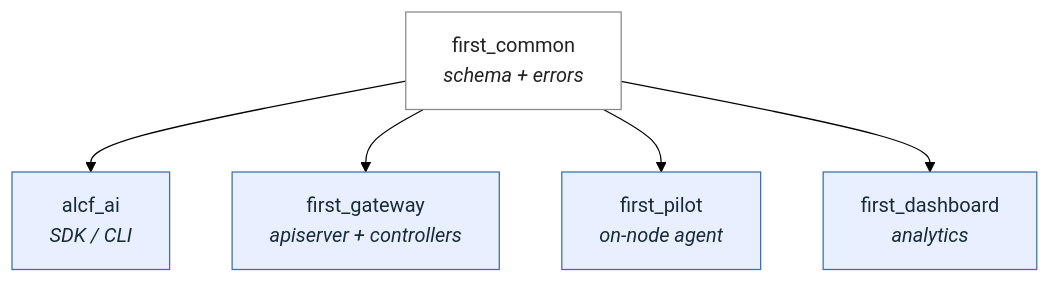
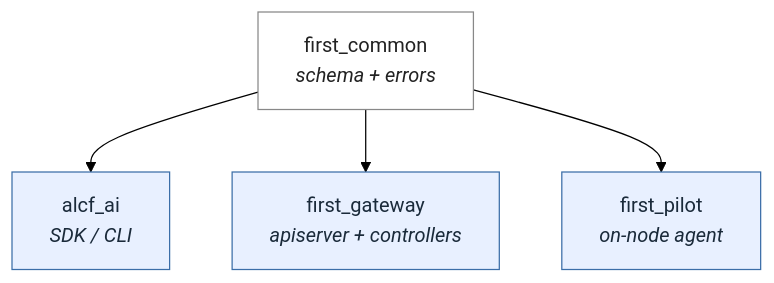
The diagram in docs/architecture/project-layout.md (argonne-lcf/FIRST), drawn with Mermaid (forest theme) before and after one commit. The commit also changed other lines of this file and 6 other files, not shown here.

Commit message:
Remove first-dashboard

````diff
--- a/docs/architecture/project-layout.md
+++ b/docs/architecture/project-layout.md
@@ -9,17 +9,15 @@
 ```mermaid
 flowchart TB
     classDef shared fill:#fff,stroke:#888,color:#222
     classDef leaf fill:#e8f0ff,stroke:#3b6ea8,color:#1a2a3a
 
     COMMON["first_common<br/><i>schema + errors</i>"]:::shared
 
     CLIENT["alcf_ai<br/><i>SDK / CLI</i>"]:::leaf
     GW["first_gateway<br/><i>apiserver + controllers</i>"]:::leaf
     PILOT["first_pilot<br/><i>on-node agent</i>"]:::leaf
-    DASH["first_dashboard<br/><i>analytics</i>"]:::leaf
 
     COMMON --> CLIENT
     COMMON --> GW
     COMMON --> PILOT
-    COMMON --> DASH
 ```
````
